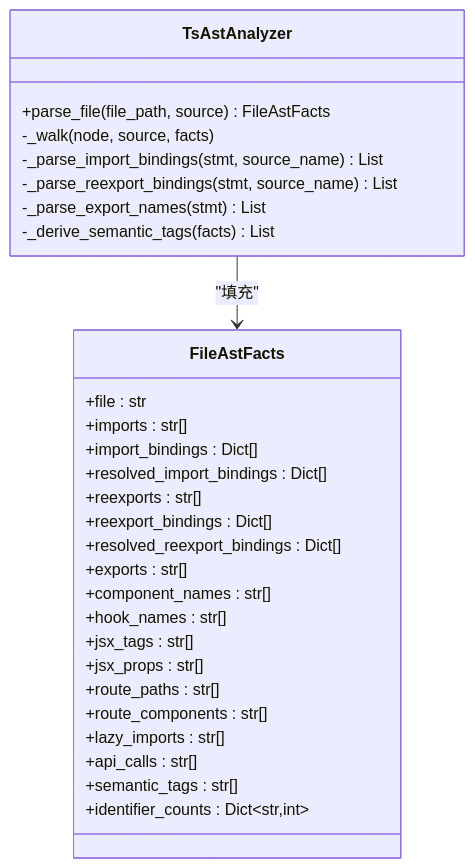
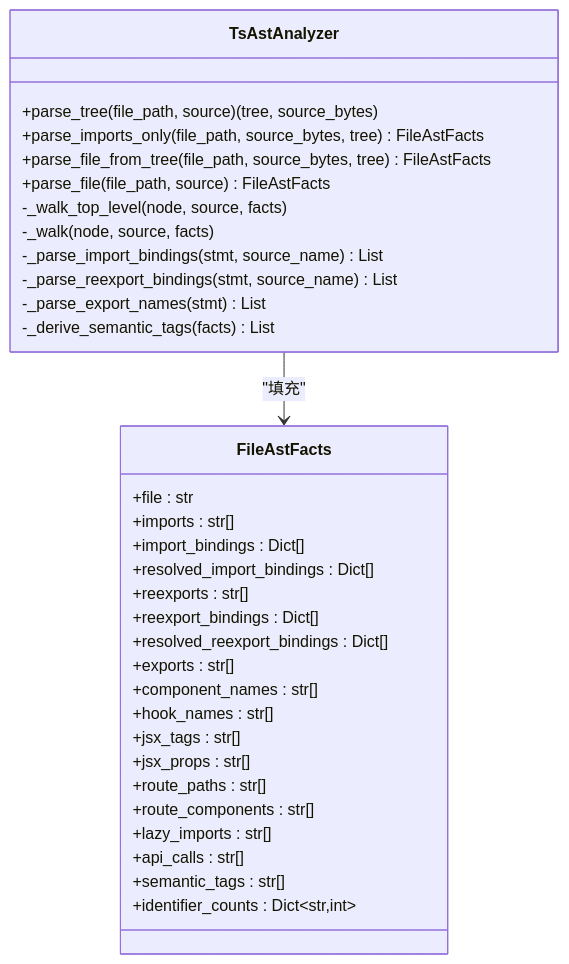
The fourth of 6 diagrams in .qoder/repowiki/zh/content/核心功能/项目结构扫描.md (brand-new-remo/frontend-impact-analyzer), drawn with Mermaid before and after one commit. The commit also changed other lines of this file and 8 other files, not shown here.

````diff
--- a/.qoder/repowiki/zh/content/核心功能/项目结构扫描.md
+++ b/.qoder/repowiki/zh/content/核心功能/项目结构扫描.md
@@ -220,32 +264,36 @@
 ```mermaid
 classDiagram
 class TsAstAnalyzer {
++parse_tree(file_path, source) (tree, source_bytes)
++parse_imports_only(file_path, source_bytes, tree) FileAstFacts
++parse_file_from_tree(file_path, source_bytes, tree) FileAstFacts
 +parse_file(file_path, source) FileAstFacts
+-_walk_top_level(node, source, facts)
 -_walk(node, source, facts)
 -_parse_import_bindings(stmt, source_name) List
 -_parse_reexport_bindings(stmt, source_name) List
 -_parse_export_names(stmt) List
 -_derive_semantic_tags(facts) List
 }
 class FileAstFacts {
 +file : str
 +imports : str[]
 +import_bindings : Dict[]
 +resolved_import_bindings : Dict[]
 +reexports : str[]
 +reexport_bindings : Dict[]
 +resolved_reexport_bindings : Dict[]
 +exports : str[]
 +component_names : str[]
 +hook_names : str[]
 +jsx_tags : str[]
 +jsx_props : str[]
 +route_paths : str[]
 +route_components : str[]
 +lazy_imports : str[]
 +api_calls : str[]
 +semantic_tags : str[]
 +identifier_counts : Dict~str,int~
 }
 TsAstAnalyzer --> FileAstFacts : "填充"
 ```
````
